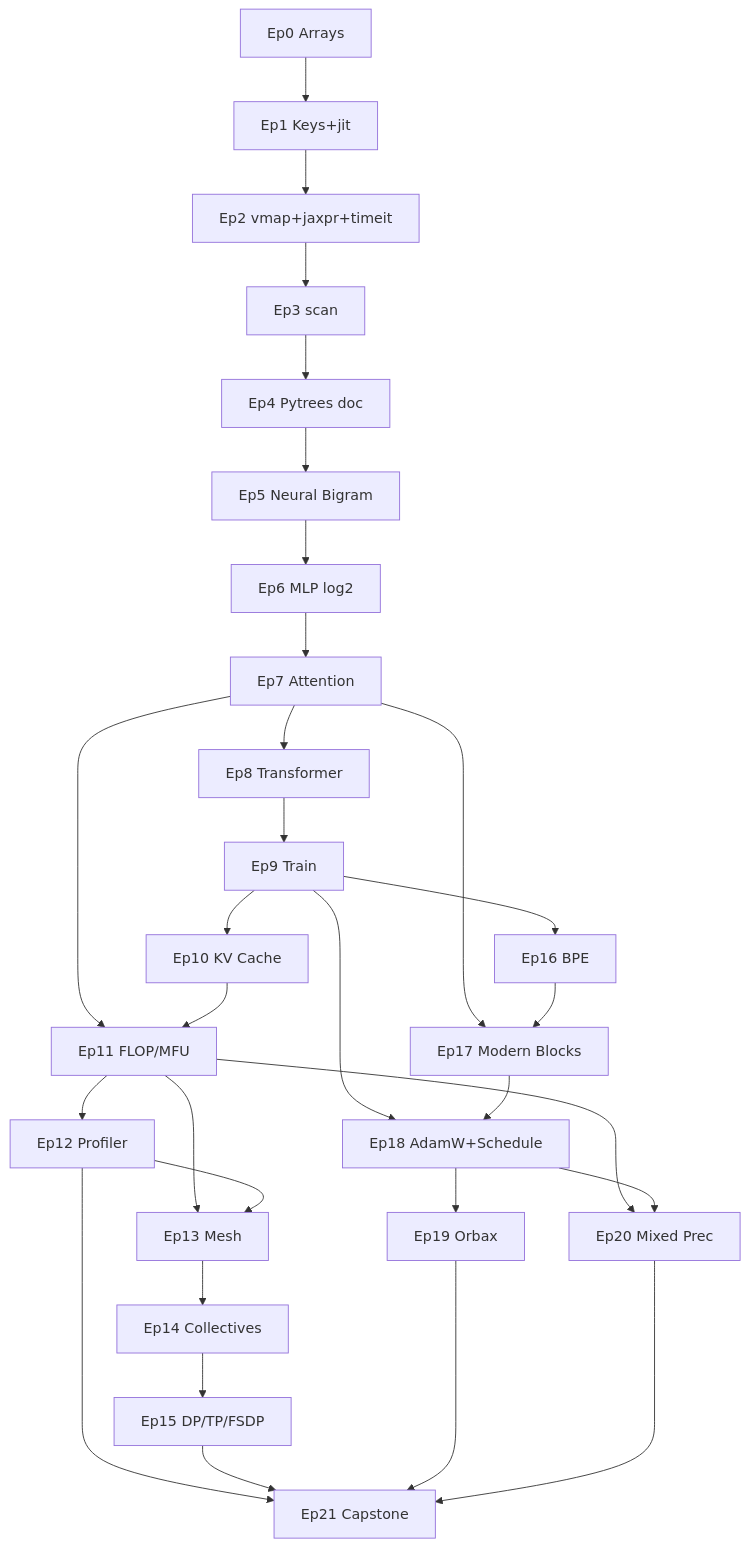
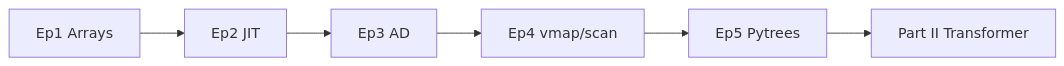
One commit to aghilanai/jax-course changed the diagram in syllabus.md. Above: the diagram before and after it, drawn with Mermaid. The commit also changed other lines of this file and 15 other files, not shown here.

````diff
--- a/syllabus.md
+++ b/syllabus.md
@@ -1636,32 +191,8 @@
 ```mermaid
-flowchart TD
-    E0[Ep0 Arrays] --> E1[Ep1 Keys+jit]
-    E1 --> E2[Ep2 vmap+jaxpr+timeit]
-    E2 --> E3[Ep3 scan]
-    E3 --> E4[Ep4 Pytrees doc]
-    E4 --> E5[Ep5 Neural Bigram]
-    E5 --> E6[Ep6 MLP log2]
-    E6 --> E7[Ep7 Attention]
-    E7 --> E8[Ep8 Transformer]
-    E8 --> E9[Ep9 Train]
-    E9 --> E10[Ep10 KV Cache]
-    E7 --> E11[Ep11 FLOP/MFU]
-    E10 --> E11
-    E11 --> E12[Ep12 Profiler]
-    E11 --> E13[Ep13 Mesh]
-    E12 --> E13
-    E13 --> E14[Ep14 Collectives]
-    E14 --> E15[Ep15 DP/TP/FSDP]
-    E9 --> E16[Ep16 BPE]
-    E7 --> E17[Ep17 Modern Blocks]
-    E16 --> E17
-    E9 --> E18[Ep18 AdamW+Schedule]
-    E17 --> E18
-    E18 --> E19[Ep19 Orbax]
-    E11 --> E20[Ep20 Mixed Prec]
-    E18 --> E20
-    E12 --> E21[Ep21 Capstone]
-    E15 --> E21
-    E19 --> E21
-    E20 --> E21
+flowchart LR
+    E1[Ep1 Arrays] --> E2[Ep2 JIT]
+    E2 --> E3[Ep3 AD]
+    E3 --> E4[Ep4 vmap/scan]
+    E4 --> E5[Ep5 Pytrees]
+    E5 --> P2[Part II Transformer]
 ```
````
